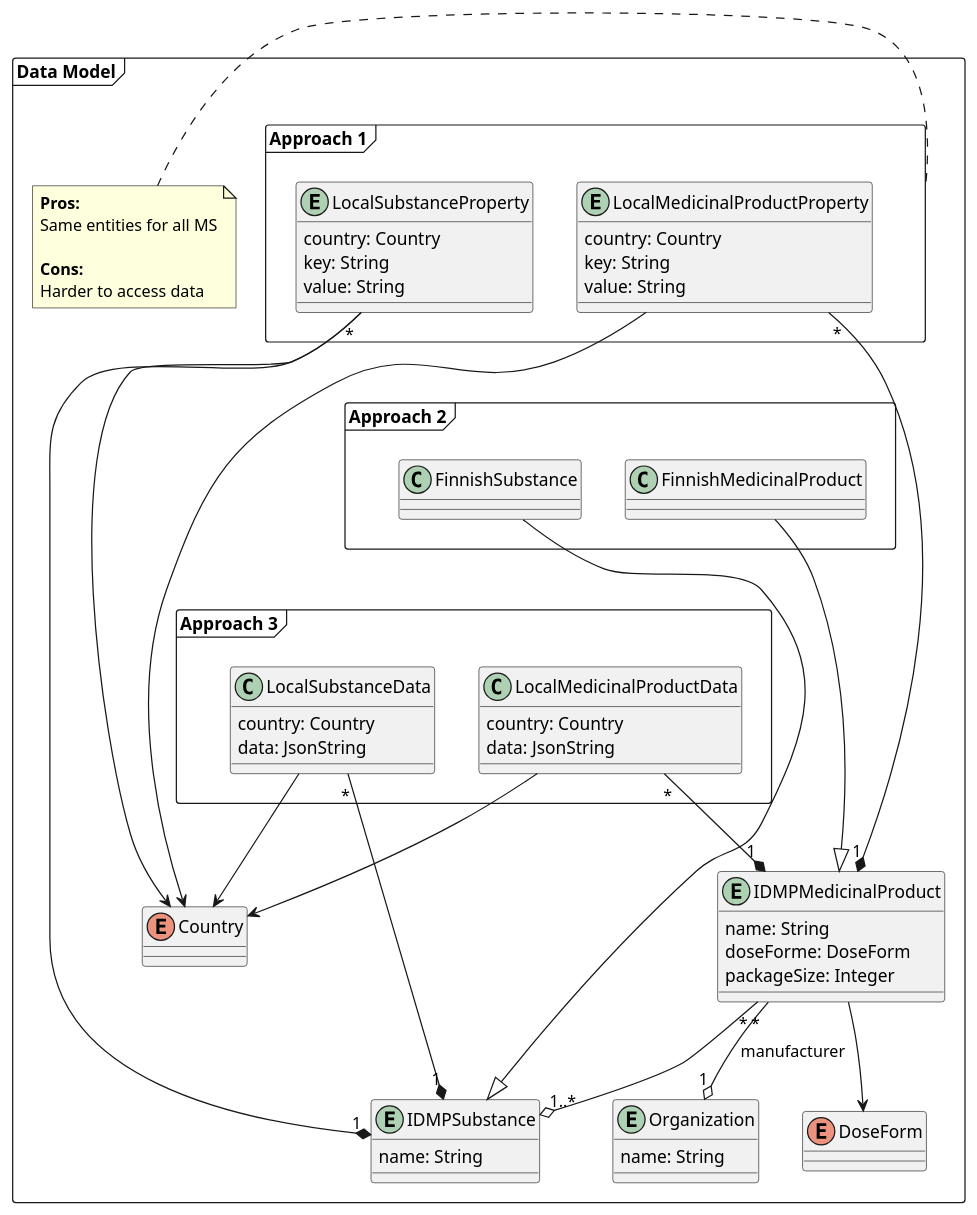
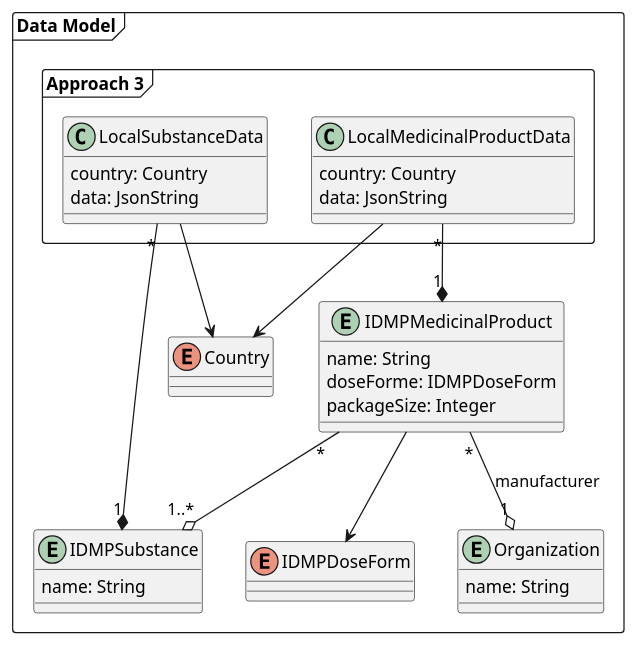
Before and after one commit to unicom-project-eu/wp6-db-api: the diagram in uml/class/datamodel.puml, drawn with PlantUML. The commit also changed 3 other files, not shown here.

```diff
--- a/uml/class/datamodel.puml
+++ b/uml/class/datamodel.puml
@@ -1,93 +1,45 @@
 @startuml
 'skinparam linetype ortho
 
 package "Data Model" as datamodel <<frame>> {
-    enum DoseForm {}
+    enum IDMPDoseForm {}
     enum Country {}
 
     entity IDMPSubstance {
         name: String
     }
 
     entity IDMPMedicinalProduct {
         name: String
-        doseForme: DoseForm
+        doseForme: IDMPDoseForm
         packageSize: Integer
     }
 
     entity Organization {
         name: String
     }
-
-    package "Approach 1" as approach1  <<frame>> {
-        entity LocalMedicinalProductProperty {
-            country: Country
-            key: String
-            value: String
-        }
-
-        entity LocalSubstanceProperty {
-            country: Country
-            key: String
-            value: String
-        }
-
-        LocalMedicinalProductProperty --> Country
-        LocalMedicinalProductProperty "*" --*  "1" IDMPMedicinalProduct
-
-        LocalSubstanceProperty --> Country
-        LocalSubstanceProperty "*" --* "1" IDMPSubstance
-    }
-
-    note left of approach1 {
-        **Pros:**
-        Same entities for all MS
-
-        **Cons:**
-        Harder to access data
-    }
-
-    package "Approach 2" as approach2 <<frame>> {
-        class FinnishMedicinalProduct {}
-        class FinnishSubstance {}
-
-        FinnishMedicinalProduct --|> IDMPMedicinalProduct
-        FinnishSubstance --|> IDMPSubstance
-    }
-
-'    note left of approach2 {
-'        **Pros:**
-'        ...
-'
-'        **Cons:**
-'        ...
-'    }
 
     package "Approach 3" as approach3 <<frame>> {
         class LocalMedicinalProductData {
             country: Country
             data: JsonString
         }
 
         class LocalSubstanceData {
             country: Country
             data: JsonString
         }
 
         LocalMedicinalProductData --> Country
         LocalMedicinalProductData "*" --* "1" IDMPMedicinalProduct
 
         LocalSubstanceData --> Country
         LocalSubstanceData "*" --* "1" IDMPSubstance
     }
 
-    approach1 -[hidden]-> approach2
-    approach2 -[hidden]-> approach3
-
-    IDMPMedicinalProduct --> DoseForm
+    IDMPMedicinalProduct --> IDMPDoseForm
     IDMPMedicinalProduct "*" --o "1" Organization : manufacturer
     IDMPMedicinalProduct "*" --o "1..*" IDMPSubstance
 }
 
-
 @enduml
```
